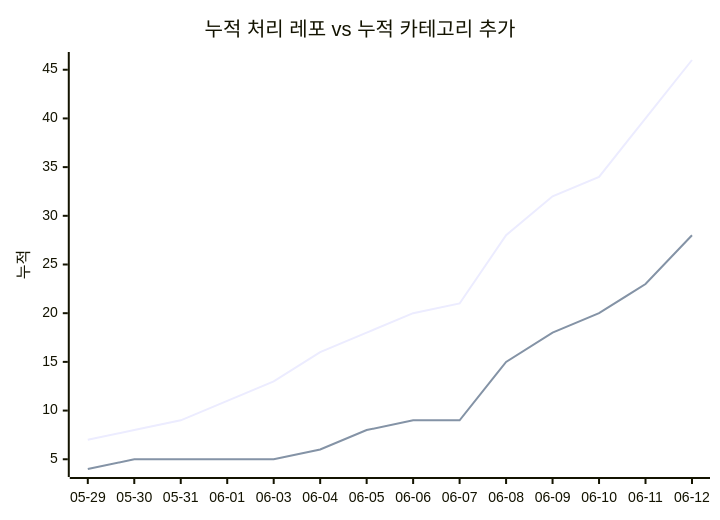
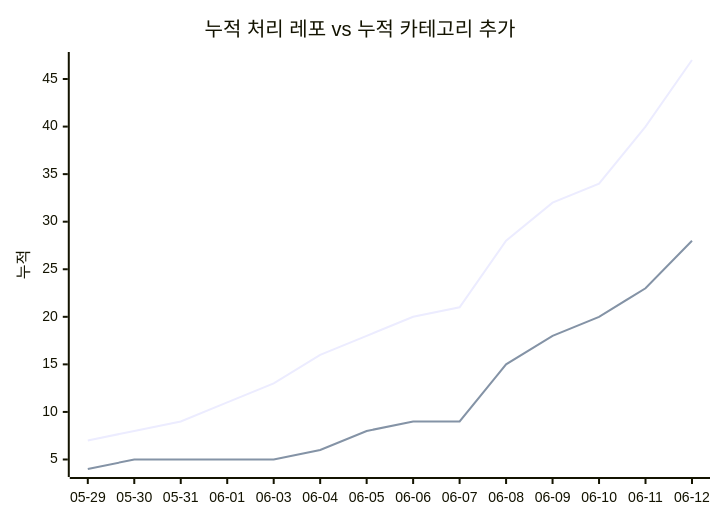
One commit to J-nowcow/awesome-korean-agent-skills changed the second of 2 diagrams in docs/trends.md. Above: the diagram before and after it, drawn with Mermaid. The commit also changed other lines of this file and 2 other files, not shown here.

````diff
--- a/docs/trends.md
+++ b/docs/trends.md
@@ -68,8 +68,8 @@
 ```mermaid
 xychart-beta
     title "누적 처리 레포 vs 누적 카테고리 추가"
     x-axis ["05-29","05-30","05-31","06-01","06-03","06-04","06-05","06-06","06-07","06-08","06-09","06-10","06-11","06-12"]
     y-axis "누적"
-    line [7,8,9,11,13,16,18,20,21,28,32,34,40,46]
+    line [7,8,9,11,13,16,18,20,21,28,32,34,40,47]
     line [4,5,5,5,5,6,8,9,9,15,18,20,23,28]
 ```
````
